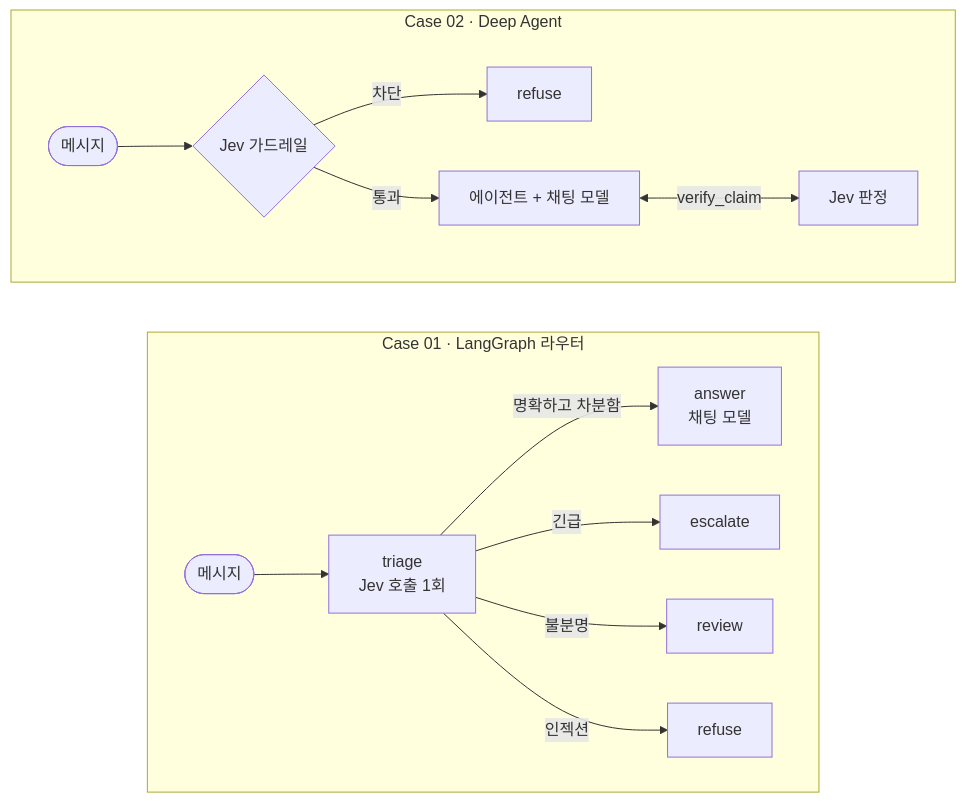
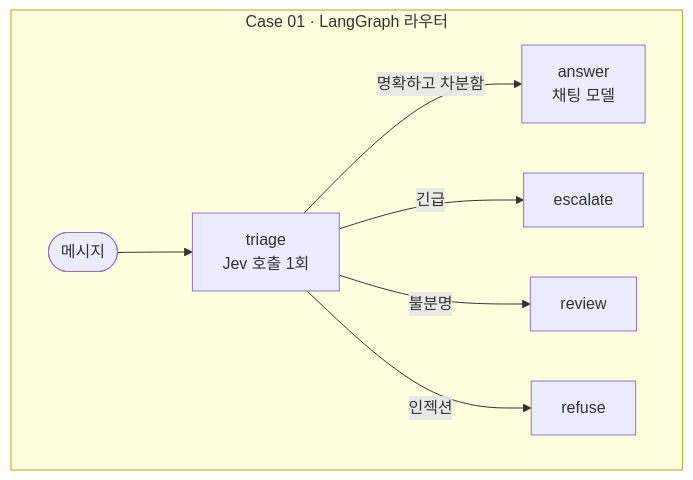
The first of 2 diagrams in README-ko.md (jyje/pilot-typesafeai-jev), drawn with Mermaid before and after one commit. The commit also changed 4 other files, not shown here.

First line of the commit message:
📄 docs(readme): fix the overview diagram order and the Docs table header

````diff
--- a/README-ko.md
+++ b/README-ko.md
@@ -32,18 +32,11 @@
 ```mermaid
 flowchart LR
     subgraph C1["Case 01 · LangGraph 라우터"]
         direction LR
         m1([메시지]) --> t["triage<br/>Jev 호출 1회"]
         t -->|명확하고 차분함| a["answer<br/>채팅 모델"]
         t -->|긴급| e[escalate]
         t -->|불분명| r[review]
         t -->|인젝션| f[refuse]
     end
-    subgraph C2["Case 02 · Deep Agent"]
-        direction LR
-        m2([메시지]) --> g{"Jev 가드레일"}
-        g -->|차단| f2[refuse]
-        g -->|통과| ag["에이전트 + 채팅 모델"]
-        ag <-->|verify_claim| j["Jev 판정"]
-    end
 ```
````
